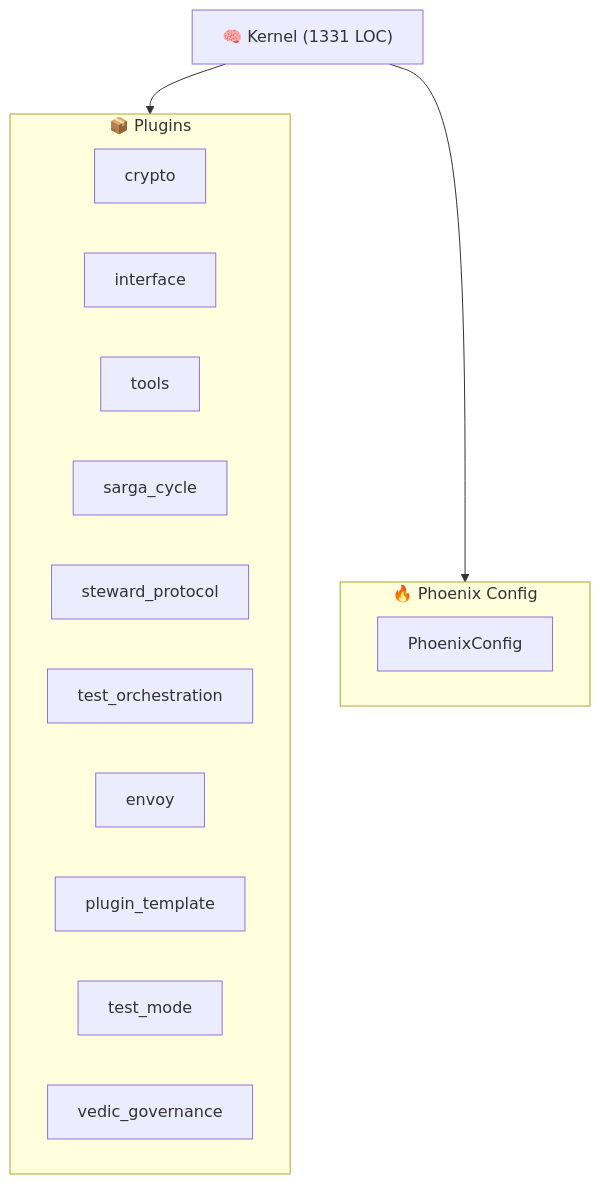
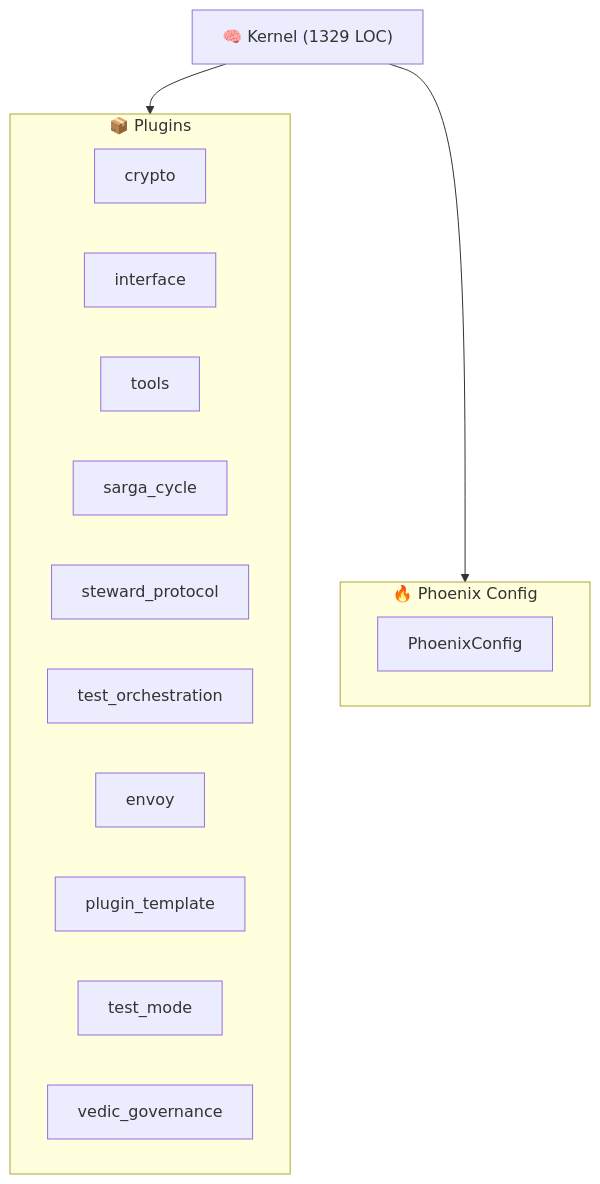
Before and after one commit to kimeisele/steward-protocol: the diagram in ARCHITECTURE.md, drawn with Mermaid. The commit also changed other lines of this file and 14 other files, not shown here.

````diff
--- a/ARCHITECTURE.md
+++ b/ARCHITECTURE.md
@@ -9,21 +9,21 @@
 ```mermaid
 graph TB
-    K["🧠 Kernel (1331 LOC)"]
+    K["🧠 Kernel (1329 LOC)"]
     subgraph Plugins["📦 Plugins"]
         P_crypto["crypto"]
         P_interface["interface"]
         P_tools["tools"]
         P_sarga_cycle["sarga_cycle"]
         P_steward_protocol["steward_protocol"]
         P_test_orchestration["test_orchestration"]
         P_envoy["envoy"]
         P_plugin_template["plugin_template"]
         P_test_mode["test_mode"]
         P_vedic_governance["vedic_governance"]
     end
     K --> Plugins
     subgraph Config["🔥 Phoenix Config"]
         PC[PhoenixConfig]
     end
     K --> Config
 ```
````
